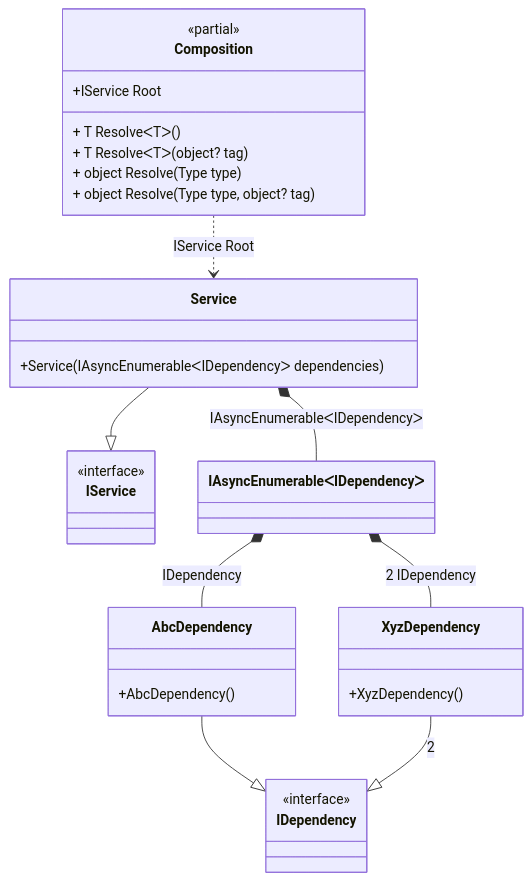
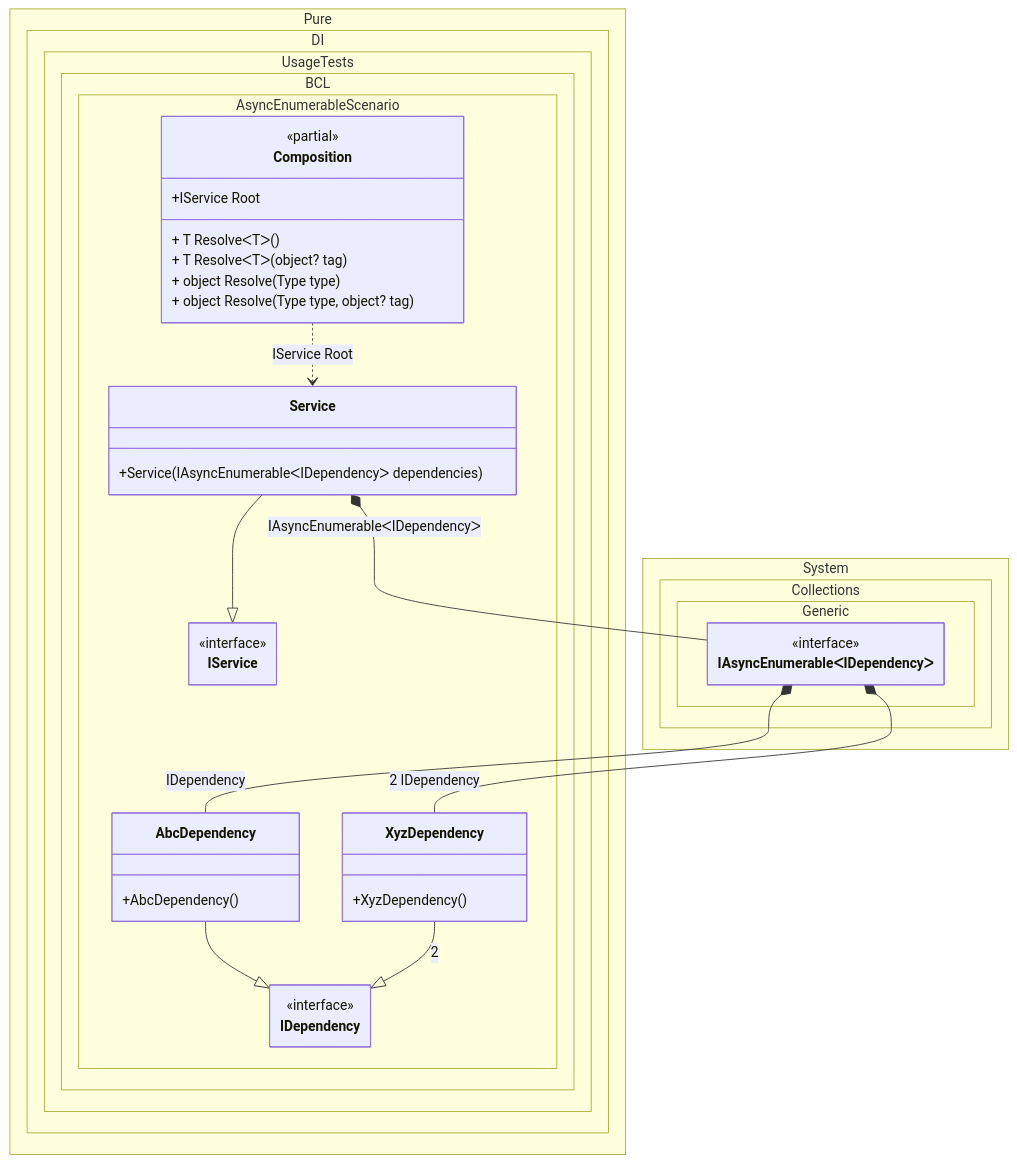
One commit to DevTeam/Pure.DI changed the diagram in readme/async-enumerable.md. Above: the diagram before and after it, drawn with Mermaid. The commit also changed 103 other files, not shown here.

Commit message:
Improved class diagrams

````diff
--- a/readme/async-enumerable.md
+++ b/readme/async-enumerable.md
@@ -203,34 +203,45 @@
 ```mermaid
+---
+ config:
+  class:
+   hideEmptyMembersBox: true
+---
 classDiagram
-	class Composition {
+	Service --|> IService
+	AbcDependency --|> IDependency
+	XyzDependency --|> IDependency : 2 
+	Composition ..> Service : IService Root
+	Service *--  IAsyncEnumerableᐸIDependencyᐳ : IAsyncEnumerableᐸIDependencyᐳ
+	IAsyncEnumerableᐸIDependencyᐳ *--  AbcDependency : IDependency
+	IAsyncEnumerableᐸIDependencyᐳ *--  XyzDependency : 2  IDependency
+	namespace Pure.DI.UsageTests.BCL.AsyncEnumerableScenario {
+		class AbcDependency {
+			+AbcDependency()
+		}
+		class Composition {
 		<<partial>>
 		+IService Root
 		+ T ResolveᐸTᐳ()
 		+ T ResolveᐸTᐳ(object? tag)
 		+ object Resolve(Type type)
 		+ object Resolve(Type type, object? tag)
+		}
+		class IDependency {
+			<<interface>>
+		}
+		class IService {
+			<<interface>>
+		}
+		class Service {
+			+Service(IAsyncEnumerableᐸIDependencyᐳ dependencies)
+		}
+		class XyzDependency {
+			+XyzDependency()
+		}
 	}
-	Service --|> IService
-	class Service {
-		+Service(IAsyncEnumerableᐸIDependencyᐳ dependencies)
+	namespace System.Collections.Generic {
+		class IAsyncEnumerableᐸIDependencyᐳ {
+				<<interface>>
+		}
 	}
-	class IAsyncEnumerableᐸIDependencyᐳ
-	AbcDependency --|> IDependency
-	class AbcDependency {
-		+AbcDependency()
-	}
-	XyzDependency --|> IDependency : 2 
-	class XyzDependency {
-		+XyzDependency()
-	}
-	class IService {
-		<<interface>>
-	}
-	class IDependency {
-		<<interface>>
-	}
-	Composition ..> Service : IService Root
-	Service *--  IAsyncEnumerableᐸIDependencyᐳ : IAsyncEnumerableᐸIDependencyᐳ
-	IAsyncEnumerableᐸIDependencyᐳ *--  AbcDependency : IDependency
-	IAsyncEnumerableᐸIDependencyᐳ *--  XyzDependency : 2  IDependency
 ```
````
